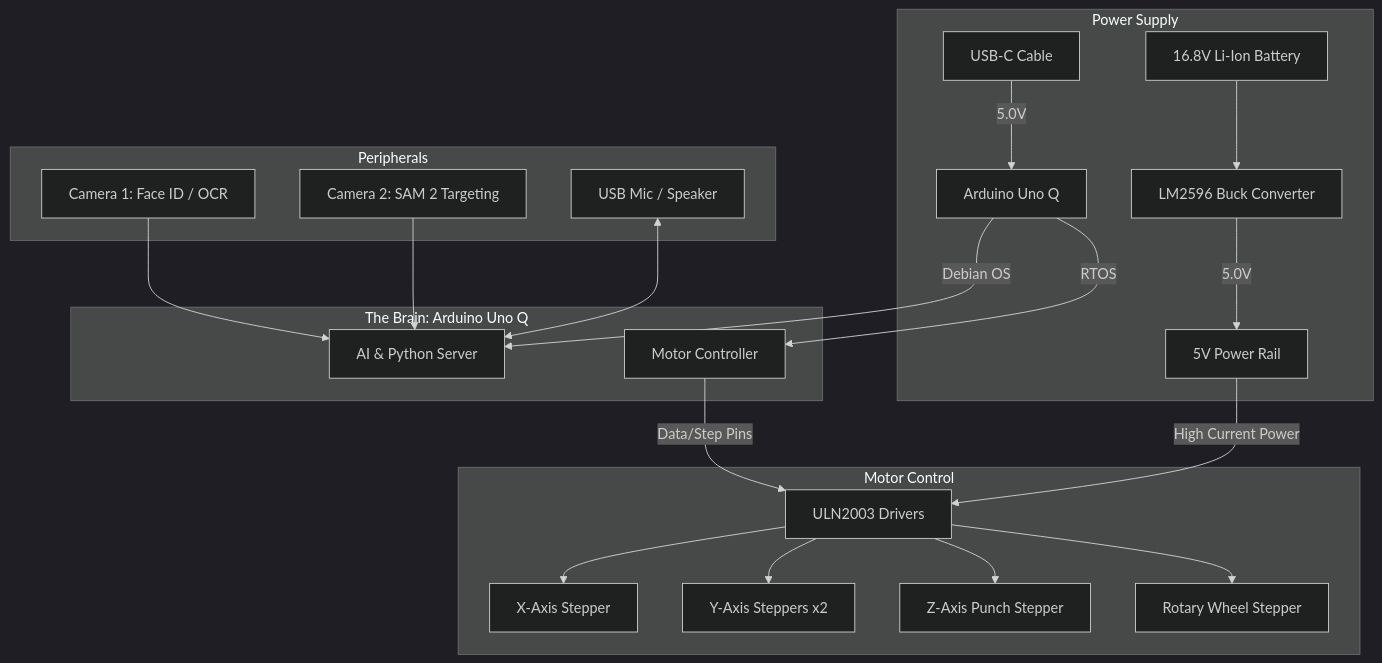
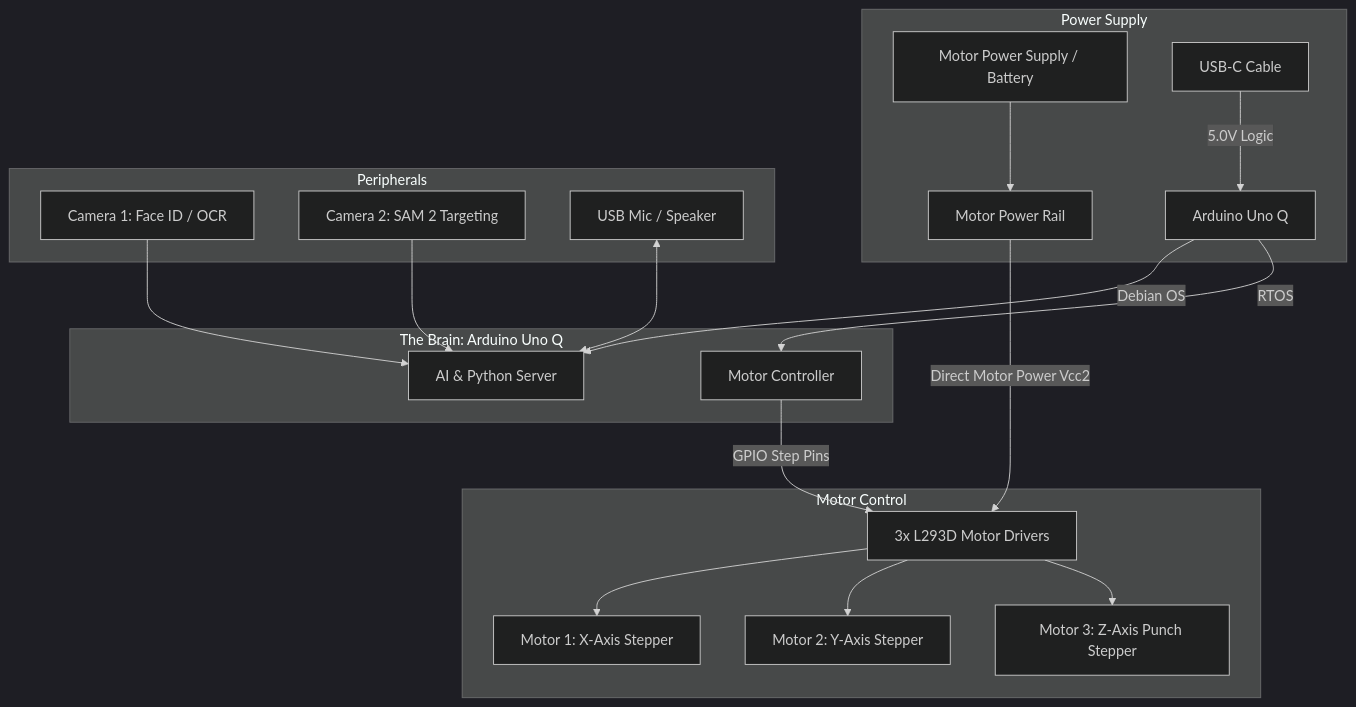
One commit to RealASHWIN122/Blister-bot-main- changed the first of 6 diagrams in README.md. Above: the diagram before and after it, drawn with Mermaid (dark theme). The commit also changed other lines of this file and 3 other files, not shown here.

Commit message:
docs: Update motor architecture to 3x L293D drivers without buck converter and add CNC moving trial video

````diff
--- a/README.md
+++ b/README.md
@@ -55,29 +54,27 @@
 ```mermaid
 graph TD
     subgraph Power Supply
-        BATT[16.8V Li-Ion Battery] --> BUCK[LM2596 Buck Converter]
-        BUCK -->|5.0V| RAIL[5V Power Rail]
-        USB[USB-C Cable] -->|5.0V| UNO[Arduino Uno Q]
+        BATT[Motor Power Supply / Battery] --> RAIL[Motor Power Rail]
+        USB[USB-C Cable] -->|5.0V Logic| UNO[Arduino Uno Q]
     end
 
     subgraph The Brain: Arduino Uno Q
         UNO --> |Debian OS| LINUX[AI & Python Server]
         UNO --> |RTOS| MCU[Motor Controller]
     end
 
     subgraph Peripherals
         CAM1[Camera 1: Face ID / OCR] --> LINUX
         CAM2[Camera 2: SAM 2 Targeting] --> LINUX
         MIC[USB Mic / Speaker] <--> LINUX
     end
 
     subgraph Motor Control
-        MCU -->|Data/Step Pins| DRIVERS
-        RAIL -->|High Current Power| DRIVERS
+        MCU -->|GPIO Step Pins| DRIVERS[3x L293D Motor Drivers]
+        RAIL -->|Direct Motor Power Vcc2| DRIVERS
         
-        DRIVERS[ULN2003 Drivers] --> X[X-Axis Stepper]
-        DRIVERS --> Y[Y-Axis Steppers x2]
-        DRIVERS --> Z[Z-Axis Punch Stepper]
-        DRIVERS --> W[Rotary Wheel Stepper]
+        DRIVERS --> X[Motor 1: X-Axis Stepper]
+        DRIVERS --> Y[Motor 2: Y-Axis Stepper]
+        DRIVERS --> Z[Motor 3: Z-Axis Punch Stepper]
     end
 ```
````
